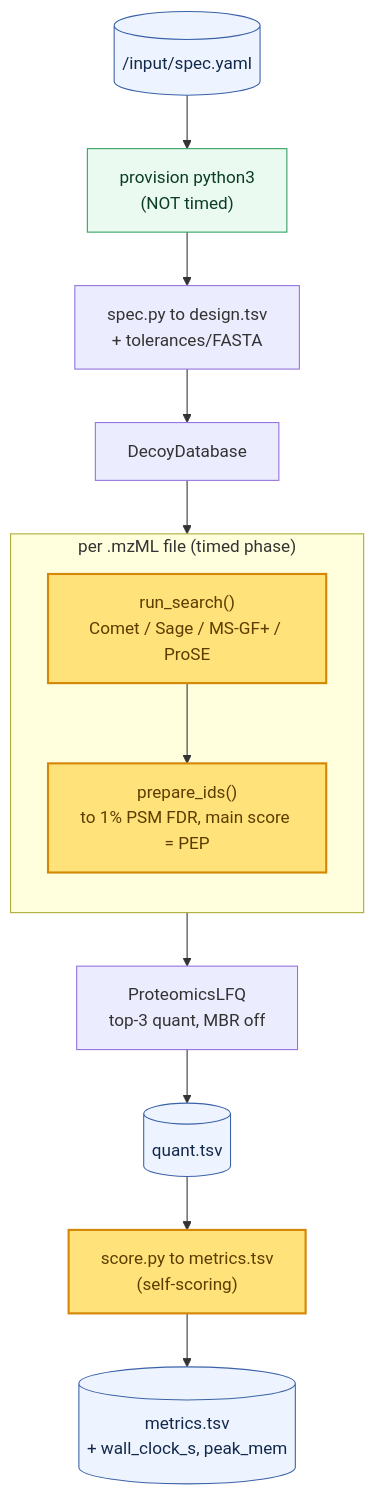
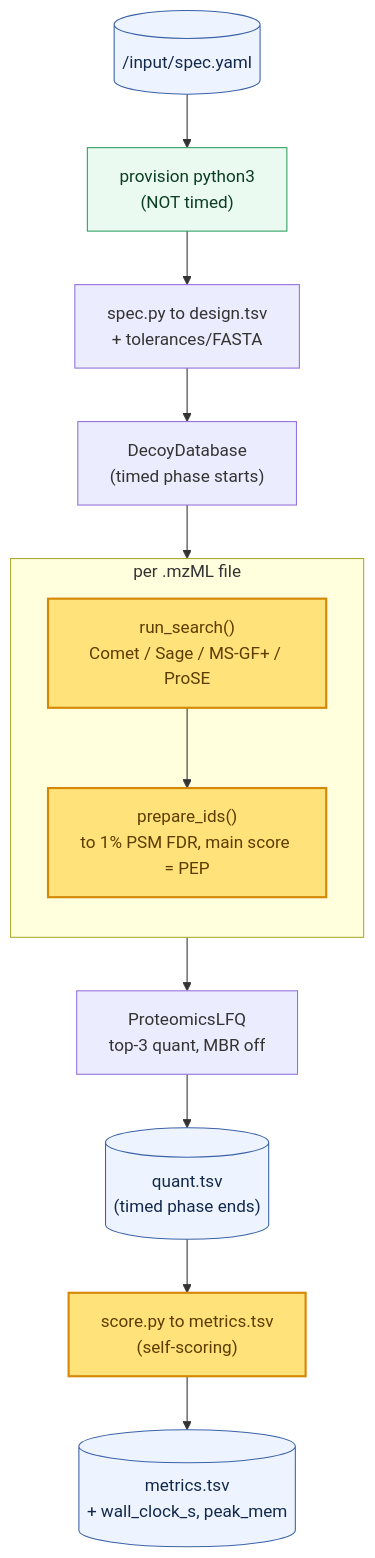
The second of 2 diagrams in docs/benchmark-overview.md (t0mdavid-m/OpenMS-Benchmarks), drawn with Mermaid before and after one commit. The commit also changed other lines of this file, not shown here.

````diff
--- a/docs/benchmark-overview.md
+++ b/docs/benchmark-overview.md
@@ -72,25 +72,25 @@
 ```mermaid
 flowchart TB
     SPEC[("/input/spec.yaml")]:::data
     PROV["provision python3<br/>(NOT timed)"]:::cont
     DESIGN["spec.py to design.tsv<br/>+ tolerances/FASTA"]
-    DECOY["DecoyDatabase"]
+    DECOY["DecoyDatabase<br/>(timed phase starts)"]
     LFQ["ProteomicsLFQ<br/>top-3 quant, MBR off"]
-    QUANT[("quant.tsv")]:::data
+    QUANT[("quant.tsv<br/>(timed phase ends)")]:::data
     SCORE["score.py to metrics.tsv<br/>(self-scoring)"]:::plug
     METRICS[("metrics.tsv<br/>+ wall_clock_s, peak_mem")]:::data
 
     SPEC --> PROV --> DESIGN --> DECOY
-    subgraph PF["per .mzML file (timed phase)"]
+    subgraph PF["per .mzML file"]
         direction TB
         SEARCH["run_search()<br/>Comet / Sage / MS-GF+ / ProSE"]:::plug
         PREP["prepare_ids()<br/>to 1% PSM FDR, main score = PEP"]:::plug
         SEARCH --> PREP
     end
     DECOY --> SEARCH
     PREP --> LFQ --> QUANT --> SCORE --> METRICS
 
     classDef plug fill:#ffe27a,stroke:#d48806,stroke-width:2px,color:#5c3d00;
     classDef cont fill:#eafaf0,stroke:#2f9e5f,color:#0b3d23;
     classDef data fill:#eef4ff,stroke:#3b62a8,color:#13294b;
 ```
````
